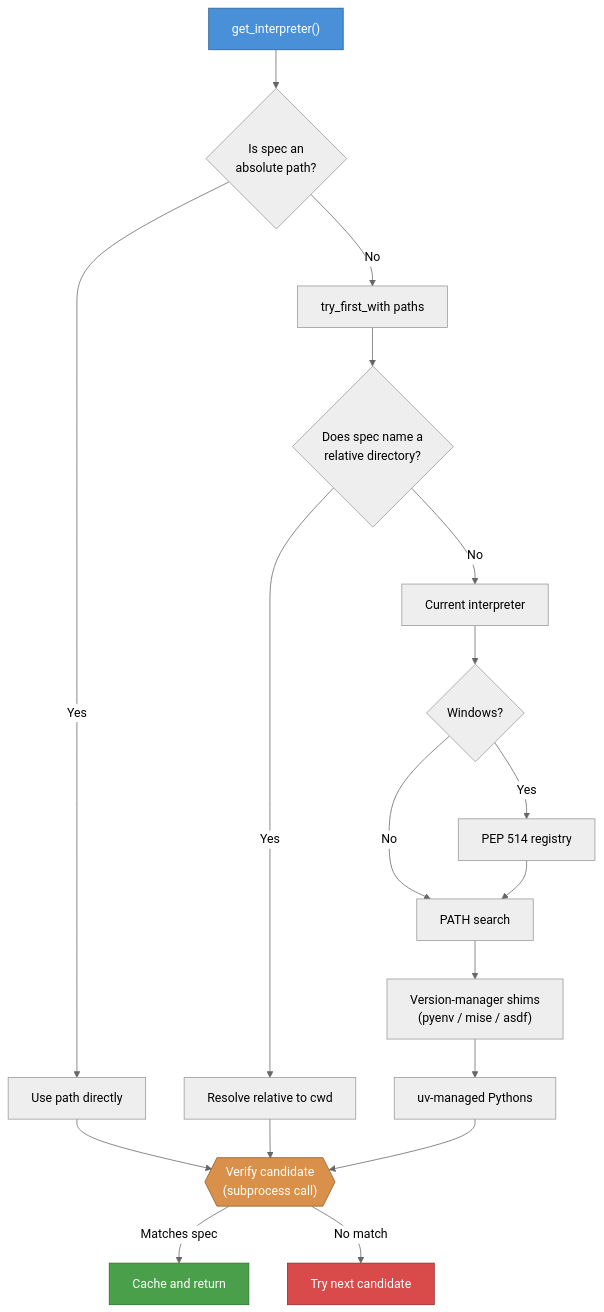
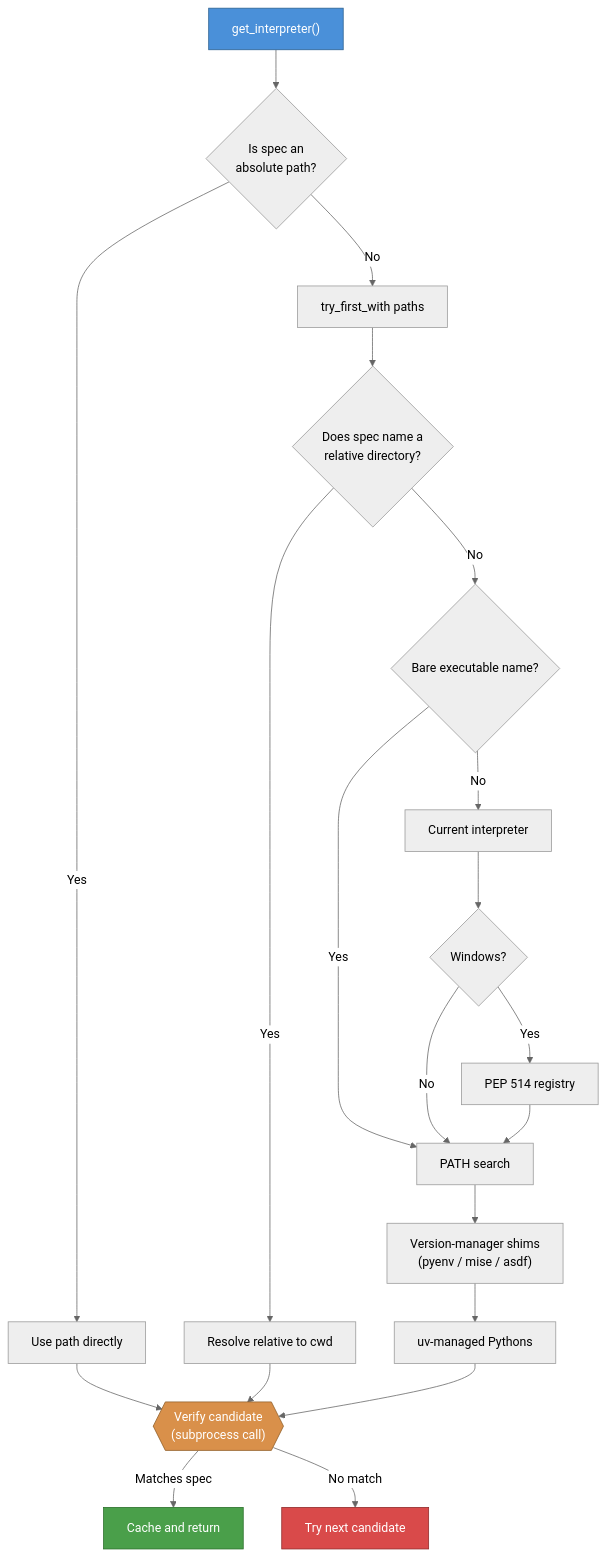
Before and after one commit to tox-dev/python-discovery: the first of 7 diagrams in docs/explanation.rst, drawn with Mermaid (neutral theme).

Commit message:
📝 docs(discovery): show bare name branch

```diff
--- a/docs/explanation.rst
+++ b/docs/explanation.rst
@@ -10,28 +10,30 @@
 .. mermaid::
 
     flowchart TD
         Start["get_interpreter()"] --> AbsPath{"Is spec an<br>absolute path?"}
         AbsPath -->|Yes| TryAbs["Use path directly"]
         AbsPath -->|No| TryFirst["try_first_with paths"]
         TryFirst --> RelPath{"Does spec name a<br>relative directory?"}
         RelPath -->|Yes| TryRel["Resolve relative to cwd"]
-        RelPath -->|No| Current["Current interpreter"]
+        RelPath -->|No| Bare{"Bare executable name?"}
+        Bare -->|Yes| PATH
+        Bare -->|No| Current["Current interpreter"]
         Current --> Win{"Windows?"}
         Win -->|Yes| PEP514["PEP 514 registry"]
         Win -->|No| PATH
         PEP514 --> PATH["PATH search"]
         PATH --> Shims["Version-manager shims<br>(pyenv / mise / asdf)"]
         Shims --> UV["uv-managed Pythons"]
 
         TryAbs --> Verify
         TryRel --> Verify
         UV --> Verify
 
         Verify{{"Verify candidate<br>(subprocess call)"}}
         Verify -->|Matches spec| Cache["Cache and return"]
         Verify -->|No match| Next["Try next candidate"]
 
         style Start fill:#4a90d9,stroke:#2a5f8f,color:#fff
         style Verify fill:#d9904a,stroke:#8f5f2a,color:#fff
         style Cache fill:#4a9f4a,stroke:#2a6f2a,color:#fff
         style Next fill:#d94a4a,stroke:#8f2a2a,color:#fff
```
